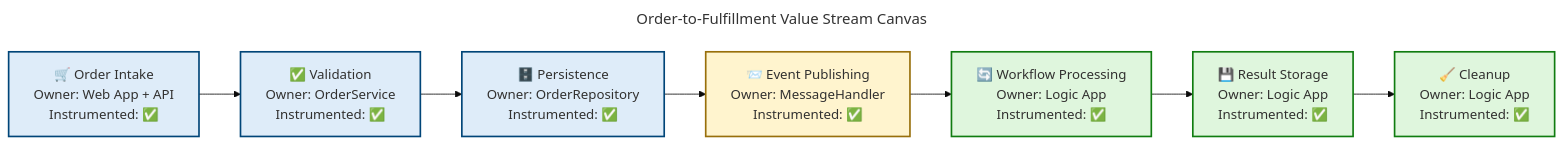
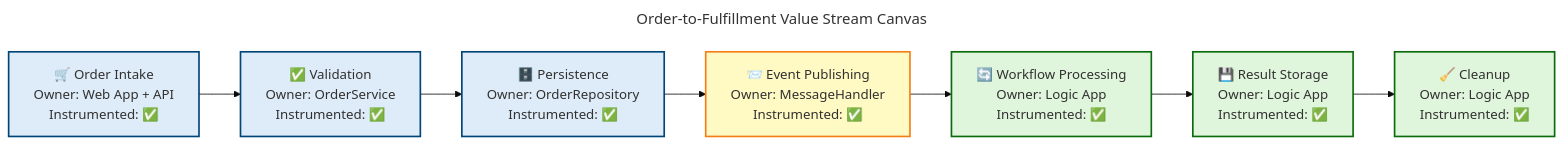
Before and after one commit to Evilazaro/Azure-LogicApps-Monitoring: the third of 13 diagrams in docs/architecture/Business-Layer-Architecture.md, drawn with Mermaid. The commit also changed other lines of this file and 3 other files, not shown here.

Commit message:
docs: update color definitions in architecture diagrams for improved clarity and consistency

````diff
--- a/docs/architecture/Business-Layer-Architecture.md
+++ b/docs/architecture/Business-Layer-Architecture.md
@@ -189,39 +189,39 @@
 ```mermaid
 ---
 title: "Order-to-Fulfillment Value Stream Canvas"
 config:
   theme: base
   themeVariables:
     fontSize: '16px'
   flowchart:
     htmlLabels: false
 ---
 flowchart LR
     accTitle: Order-to-Fulfillment Value Stream Canvas
     accDescr: Shows the 7 stages of the Order-to-Fulfillment value stream from customer order submission through processing and cleanup with stage ownership and instrumentation status
 
     %% ═══════════════════════════════════════════════════════════════
     %% AZURE / FLUENT ARCHITECTURE PATTERN v1.1
     %% Generated: 2026-02-18T10:30:00Z
     %% Layer: Business
     %% Components: 7
     %% ═══════════════════════════════════════════════════════════════
 
     s1["🛒 Order Intake\nOwner: Web App + API\nInstrumented: ✅"]
     s2["✅ Validation\nOwner: OrderService\nInstrumented: ✅"]
     s3["🗄️ Persistence\nOwner: OrderRepository\nInstrumented: ✅"]
     s4["📨 Event Publishing\nOwner: MessageHandler\nInstrumented: ✅"]
     s5["🔄 Workflow Processing\nOwner: Logic App\nInstrumented: ✅"]
     s6["💾 Result Storage\nOwner: Logic App\nInstrumented: ✅"]
     s7["🧹 Cleanup\nOwner: Logic App\nInstrumented: ✅"]
 
     s1 --> s2 --> s3 --> s4 --> s5 --> s6 --> s7
 
     classDef syncStage fill:#DEECF9,stroke:#004578,stroke-width:2px,color:#323130
-    classDef asyncStage fill:#FFF4CE,stroke:#986F0B,stroke-width:2px,color:#323130
-    classDef workflowStage fill:#DFF6DD,stroke:#107C10,stroke-width:2px,color:#323130
+    classDef asyncStage fill:#FFF9C4,stroke:#F57F17,stroke-width:2px,color:#323130
+    classDef workflowStage fill:#DFF6DD,stroke:#0B6A0B,stroke-width:2px,color:#323130
 
     class s1,s2,s3 syncStage
     class s4 asyncStage
     class s5,s6,s7 workflowStage
 ```
````
